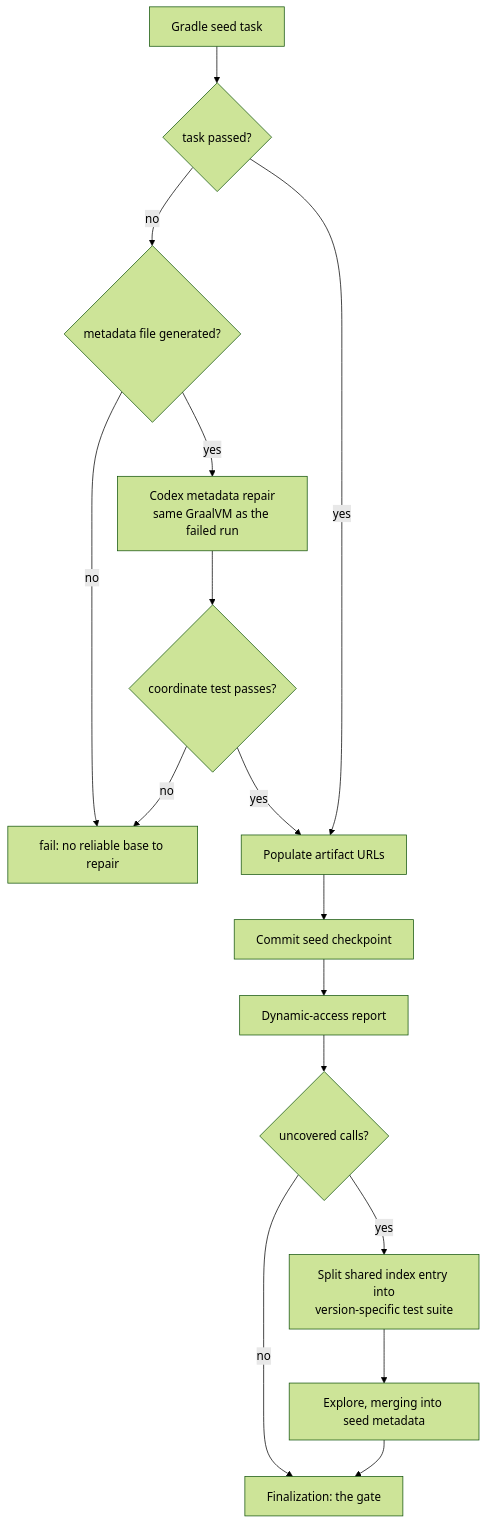
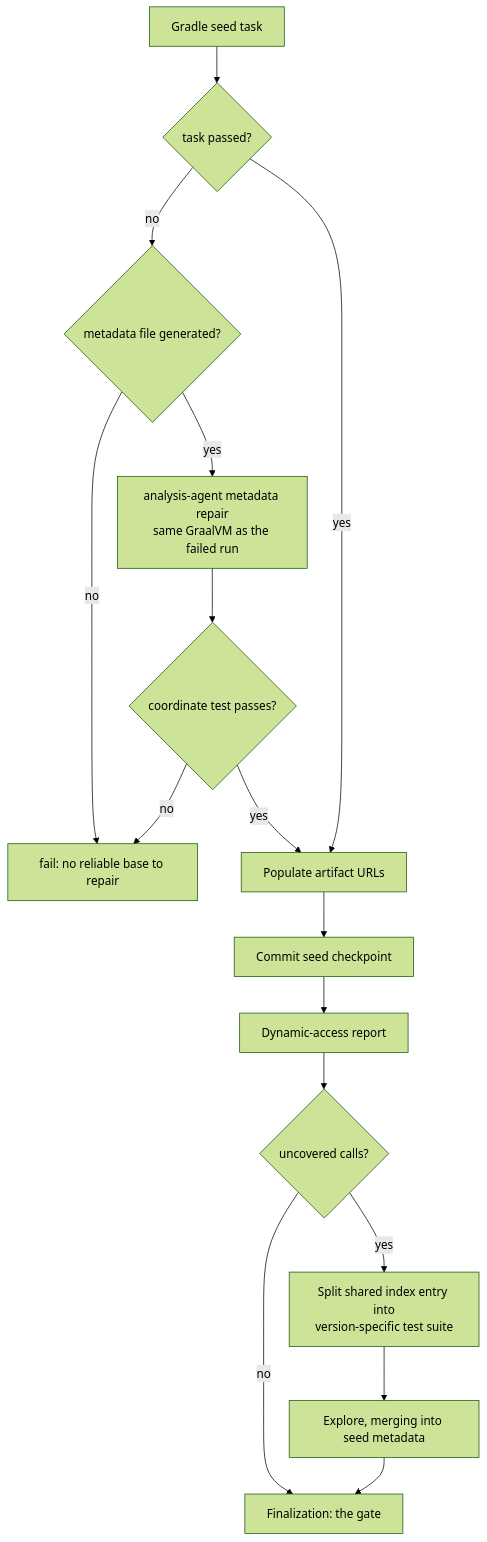
The second of 2 diagrams in forge/docs/architecture/drivers.md (oracle/graalvm-reachability-metadata), drawn with Mermaid (forest theme) before and after one commit. The commit also changed other lines of this file and 45 other files, not shown here.

````diff
--- a/forge/docs/architecture/drivers.md
+++ b/forge/docs/architecture/drivers.md
@@ -257,18 +257,18 @@
 ```mermaid
 flowchart TD
     Seed[Gradle seed task] --> Ok{task passed?}
     Ok -- no --> Gen{metadata file generated?}
     Gen -- no --> Fail[fail: no reliable base to repair]
-    Gen -- yes --> Codex[Codex metadata repair<br/>same GraalVM as the failed run]
-    Codex --> Retest{coordinate test passes?}
+    Gen -- yes --> Fix[analysis-agent metadata repair<br/>same GraalVM as the failed run]
+    Fix --> Retest{coordinate test passes?}
     Retest -- no --> Fail
     Retest -- yes --> URLs
     Ok -- yes --> URLs[Populate artifact URLs]
     URLs --> Check[Commit seed checkpoint]
     Check --> Report[Dynamic-access report]
     Report --> Unc{uncovered calls?}
     Unc -- no --> Final
     Unc -- yes --> Split[Split shared index entry into<br/>version-specific test suite]
     Split --> Explore[Explore, merging into seed metadata]
     Explore --> Final[Finalization: the gate]
 ```
````
